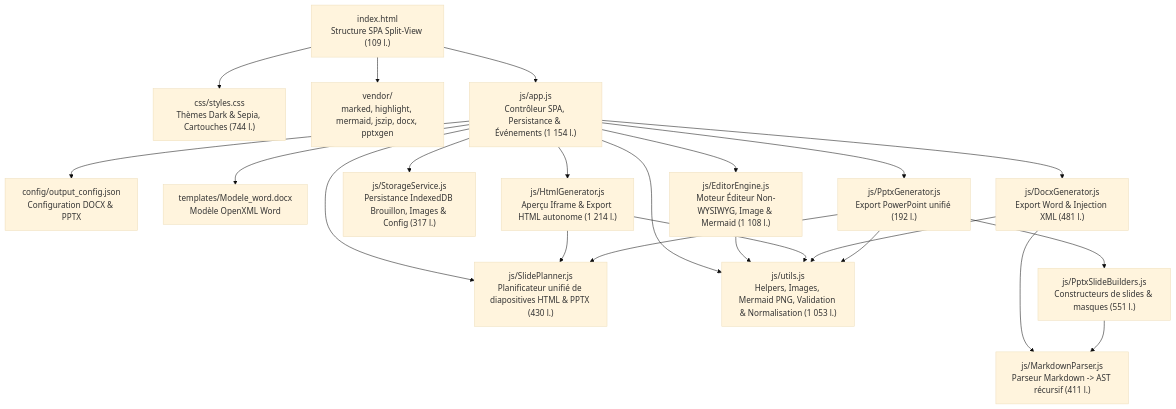
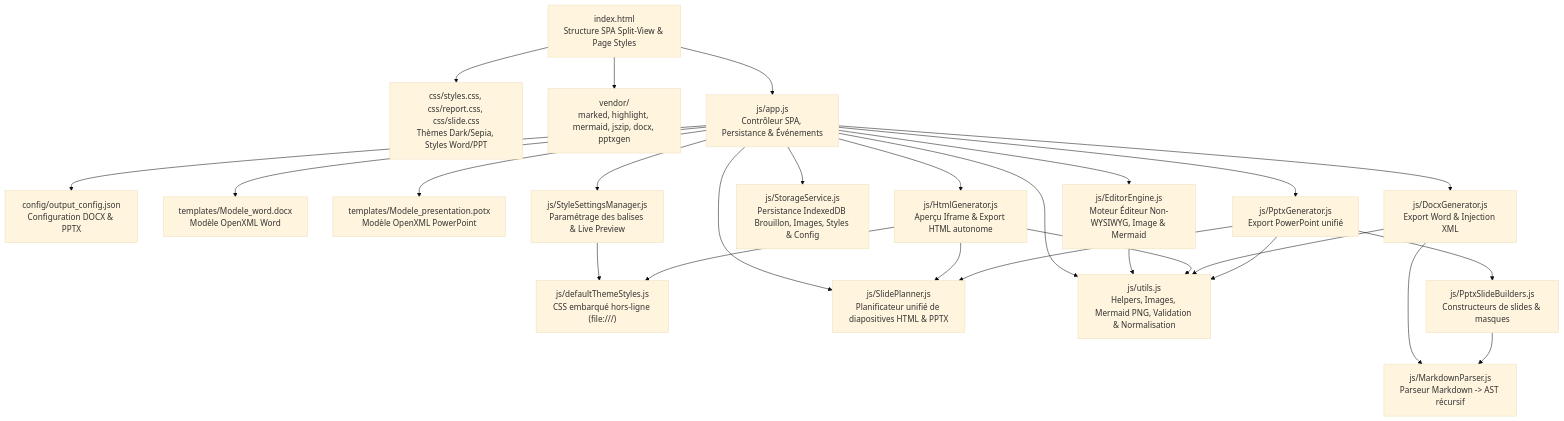
The diagram in .agents/artefacts/codebase_analysis.md (jiemji/md2print), drawn with Mermaid (base theme) before and after one commit. The commit also changed other lines of this file and 16 other files, not shown here.

Commit message:
feat: add style settings manager, report/slide themes, and interactive documentation files

````diff
--- a/.agents/artefacts/codebase_analysis.md
+++ b/.agents/artefacts/codebase_analysis.md
@@ -24,27 +24,32 @@
 ```mermaid
 graph TD
-    HTML["index.html<br/>Structure SPA Split-View (109 l.)"] --> CSS["css/styles.css<br/>Thèmes Dark & Sepia, Cartouches (744 l.)"]
+    HTML["index.html<br/>Structure SPA Split-View & Page Styles"] --> CSS["css/styles.css, css/report.css, css/slide.css<br/>Thèmes Dark/Sepia, Styles Word/PPT"]
     HTML --> VENDOR["vendor/<br/>marked, highlight, mermaid, jszip, docx, pptxgen"]
-    HTML --> APP["js/app.js<br/>Contrôleur SPA, Persistance & Événements (1 154 l.)"]
+    HTML --> APP["js/app.js<br/>Contrôleur SPA, Persistance & Événements"]
 
     APP --> CFG["config/output_config.json<br/>Configuration DOCX & PPTX"]
     APP --> TPL["templates/Modele_word.docx<br/>Modèle OpenXML Word"]
+    APP --> PPTX_TPL["templates/Modele_presentation.potx<br/>Modèle OpenXML PowerPoint"]
 
-    APP --> EDITOR["js/EditorEngine.js<br/>Moteur Éditeur Non-WYSIWYG, Image & Mermaid (1 108 l.)"]
-    APP --> PLANNER["js/SlidePlanner.js<br/>Planificateur unifié de diapositives HTML & PPTX (430 l.)"]
-    APP --> STORAGE["js/StorageService.js<br/>Persistance IndexedDB Brouillon, Images & Config (317 l.)"]
-    APP --> UTILS["js/utils.js<br/>Helpers, Images, Mermaid PNG, Validation & Normalisation (1 053 l.)"]
-    APP --> HTMLGEN["js/HtmlGenerator.js<br/>Aperçu Iframe & Export HTML autonome (1 214 l.)"]
-    APP --> DOCXGEN["js/DocxGenerator.js<br/>Export Word & Injection XML (481 l.)"]
-    APP --> PPTXGEN["js/PptxGenerator.js<br/>Export PowerPoint unifié (192 l.)"]
+    APP --> STYLEMGR["js/StyleSettingsManager.js<br/>Paramétrage des balises & Live Preview"]
+    STYLEMGR --> DEFAULT_STYLES["js/defaultThemeStyles.js<br/>CSS embarqué hors-ligne (file:///)"]
+
+    APP --> EDITOR["js/EditorEngine.js<br/>Moteur Éditeur Non-WYSIWYG, Image & Mermaid"]
+    APP --> PLANNER["js/SlidePlanner.js<br/>Planificateur unifié de diapositives HTML & PPTX"]
+    APP --> STORAGE["js/StorageService.js<br/>Persistance IndexedDB Brouillon, Images, Styles & Config"]
+    APP --> UTILS["js/utils.js<br/>Helpers, Images, Mermaid PNG, Validation & Normalisation"]
+    APP --> HTMLGEN["js/HtmlGenerator.js<br/>Aperçu Iframe & Export HTML autonome"]
+    APP --> DOCXGEN["js/DocxGenerator.js<br/>Export Word & Injection XML"]
+    APP --> PPTXGEN["js/PptxGenerator.js<br/>Export PowerPoint unifié"]
 
     EDITOR --> UTILS
     HTMLGEN --> UTILS
     HTMLGEN --> PLANNER
+    HTMLGEN --> DEFAULT_STYLES
     DOCXGEN --> UTILS
-    DOCXGEN --> PARSER["js/MarkdownParser.js<br/>Parseur Markdown -> AST récursif (411 l.)"]
+    DOCXGEN --> PARSER["js/MarkdownParser.js<br/>Parseur Markdown -> AST récursif"]
     PPTXGEN --> UTILS
     PPTXGEN --> PLANNER
-    PPTXGEN --> SLIDES["js/PptxSlideBuilders.js<br/>Constructeurs de slides & masques (551 l.)"]
+    PPTXGEN --> SLIDES["js/PptxSlideBuilders.js<br/>Constructeurs de slides & masques"]
     SLIDES --> PARSER
 ```
````
